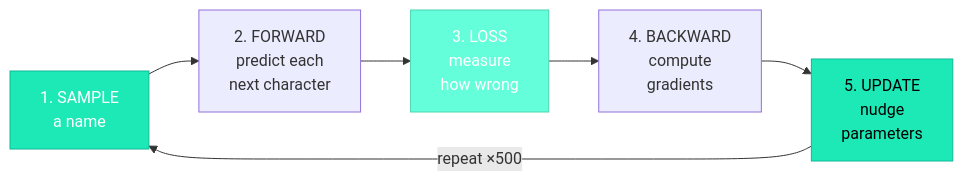
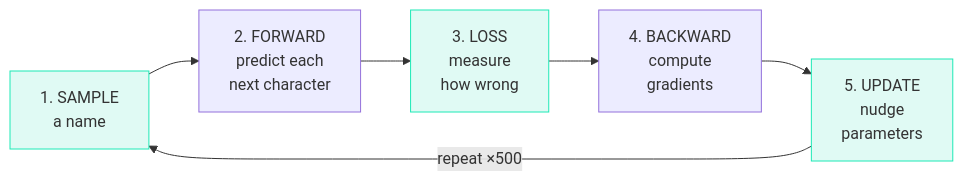
One commit to iamkhalid2/microgpt-course changed the diagram in docs/04-training/00-what-is-training.md. Above: the diagram before and after it, drawn with Mermaid. The commit also changed 21 other files, not shown here.

Commit message:
Fix Mermaid: remove hardcoded text color (theme-adaptive), add mobile scrolling, fix \\n to br

````diff
--- a/docs/04-training/00-what-is-training.md
+++ b/docs/04-training/00-what-is-training.md
@@ -40,12 +40,12 @@
 ```mermaid
 flowchart LR
-    S["1. SAMPLE\na name"] --> F["2. FORWARD\npredict each\nnext character"]
-    F --> L["3. LOSS\nmeasure\nhow wrong"]
-    L --> B["4. BACKWARD\ncompute\ngradients"]
-    B --> U["5. UPDATE\nnudge\nparameters"]
+    S["1. SAMPLE<br>a name"] --> F["2. FORWARD<br>predict each<br>next character"]
+    F --> L["3. LOSS<br>measure<br>how wrong"]
+    L --> B["4. BACKWARD<br>compute<br>gradients"]
+    B --> U["5. UPDATE<br>nudge<br>parameters"]
     U --> |"repeat ×500"| S
 
-    style S fill:#1de9b6,stroke:#0db99a,color:#fff
-    style L fill:#64ffda,stroke:#4dd4b0,color:#fff
-    style U fill:#1de9b6,stroke:#0db99a,color:#000
+    style S fill:#e0faf4,stroke:#1de9b6
+    style L fill:#e0faf4,stroke:#1de9b6
+    style U fill:#e0faf4,stroke:#1de9b6
 ```
````
